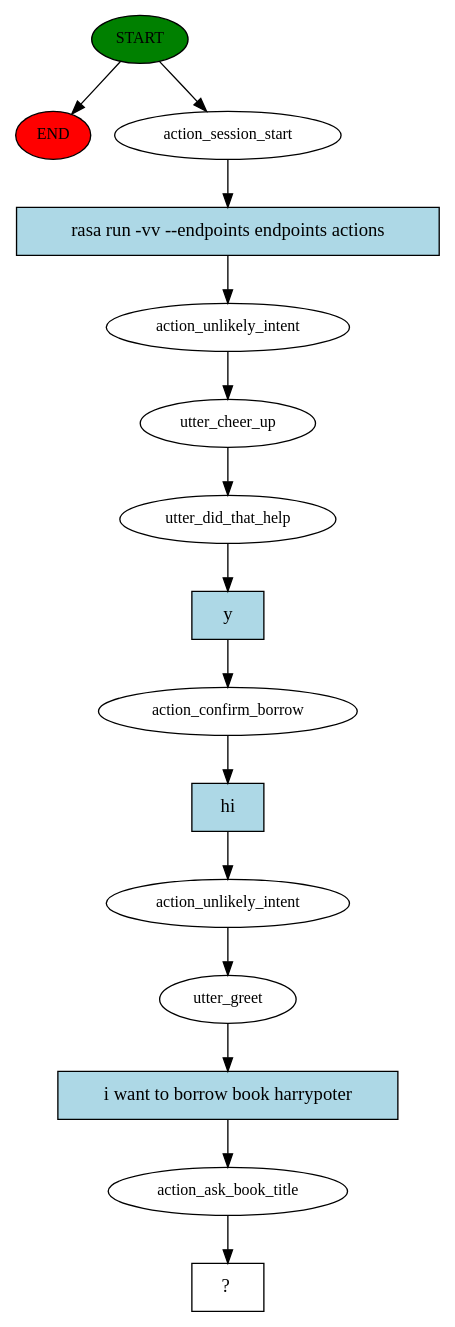
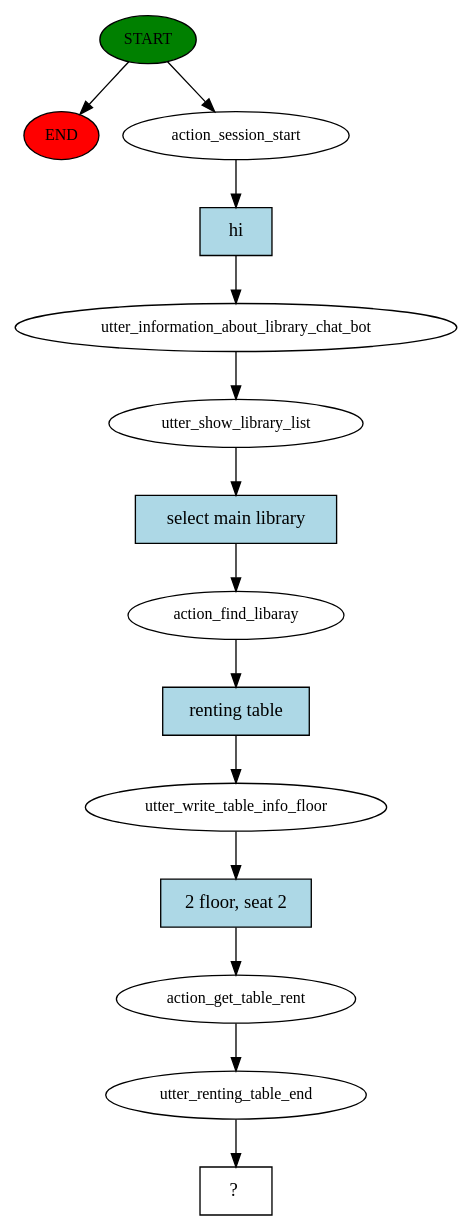
Before and after one commit to 99apollo/rasa: the diagram in story_graph.dot, drawn with Graphviz. The commit also changed 7 other files, not shown here.

```diff
--- a/story_graph.dot
+++ b/story_graph.dot
@@ -1,31 +1,29 @@
 digraph  {
 0 [class="start active", fillcolor=green, fontsize=12, label=START, style=filled];
 "-1" [class=end, fillcolor=red, fontsize=12, label=END, style=filled];
 1 [class=active, fontsize=12, label=action_session_start];
-2 [class=active, fontsize=12, label=action_unlikely_intent];
-3 [class=active, fontsize=12, label=utter_cheer_up];
-4 [class=active, fontsize=12, label=utter_did_that_help];
-5 [class=active, fontsize=12, label=action_confirm_borrow];
-6 [class=active, fontsize=12, label=action_unlikely_intent];
-7 [class=active, fontsize=12, label=utter_greet];
-8 [class=active, fontsize=12, label=action_ask_book_title];
-9 [class="intent dashed active", label="  ?  ", shape=rect];
-10 [class="intent active", fillcolor=lightblue, label="rasa run -vv --endpoints endpoints actions", shape=rect, style=filled];
-11 [class="intent active", fillcolor=lightblue, label=y, shape=rect, style=filled];
-12 [class="intent active", fillcolor=lightblue, label=hi, shape=rect, style=filled];
-13 [class="intent active", fillcolor=lightblue, label="i want to borrow book harrypoter", shape=rect, style=filled];
+2 [class=active, fontsize=12, label=utter_information_about_library_chat_bot];
+3 [class=active, fontsize=12, label=utter_show_library_list];
+4 [class=active, fontsize=12, label=action_find_libaray];
+5 [class=active, fontsize=12, label=utter_write_table_info_floor];
+6 [class=active, fontsize=12, label=action_get_table_rent];
+7 [class=active, fontsize=12, label=utter_renting_table_end];
+8 [class="intent dashed active", label="  ?  ", shape=rect];
+9 [class="intent active", fillcolor=lightblue, label=hi, shape=rect, style=filled];
+10 [class="intent active", fillcolor=lightblue, label="select main library", shape=rect, style=filled];
+11 [class="intent active", fillcolor=lightblue, label="renting table", shape=rect, style=filled];
+12 [class="intent active", fillcolor=lightblue, label="2 floor, seat 2", shape=rect, style=filled];
 0 -> "-1"  [class="", key=NONE, label=""];
 0 -> 1  [class=active, key=NONE, label=""];
-1 -> 10  [class=active, key=0];
+1 -> 9  [class=active, key=0];
 2 -> 3  [class=active, key=NONE, label=""];
-3 -> 4  [class=active, key=NONE, label=""];
+3 -> 10  [class=active, key=0];
 4 -> 11  [class=active, key=0];
 5 -> 12  [class=active, key=0];
 6 -> 7  [class=active, key=NONE, label=""];
-7 -> 13  [class=active, key=0];
-8 -> 9  [class=active, key=NONE, label=""];
-10 -> 2  [class=active, key=0];
+7 -> 8  [class=active, key=NONE, label=""];
+9 -> 2  [class=active, key=0];
+10 -> 4  [class=active, key=0];
 11 -> 5  [class=active, key=0];
 12 -> 6  [class=active, key=0];
-13 -> 8  [class=active, key=0];
 }
```
